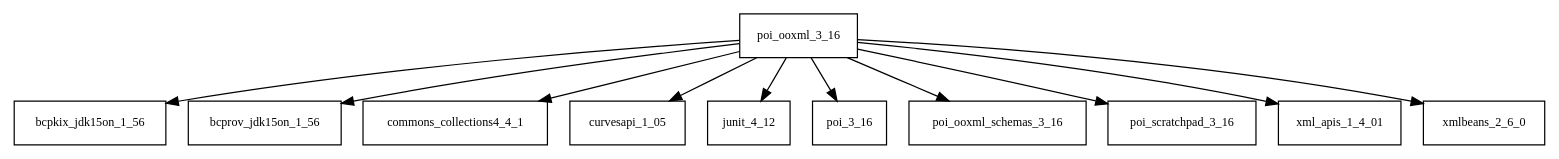
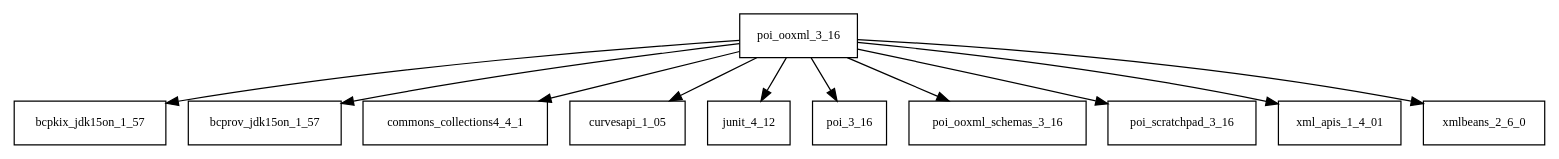
Before and after one commit to AglaianWoman/cia: the diagram in tattleTaleReport/graphviz/poi-ooxml-3.16.jar/poi-ooxml-3.16.jar.dot, drawn with Graphviz. The commit also changed 1059 other files, not shown here.

```diff
--- a/tattleTaleReport/graphviz/poi-ooxml-3.16.jar/poi-ooxml-3.16.jar.dot
+++ b/tattleTaleReport/graphviz/poi-ooxml-3.16.jar/poi-ooxml-3.16.jar.dot
@@ -1,13 +1,13 @@
 digraph poi_ooxml_3_16_dependencies {
   node [shape = box, fontsize=10.0];
-  poi_ooxml_3_16 -> bcpkix_jdk15on_1_56;
-  poi_ooxml_3_16 -> bcprov_jdk15on_1_56;
+  poi_ooxml_3_16 -> bcpkix_jdk15on_1_57;
+  poi_ooxml_3_16 -> bcprov_jdk15on_1_57;
   poi_ooxml_3_16 -> commons_collections4_4_1;
   poi_ooxml_3_16 -> curvesapi_1_05;
   poi_ooxml_3_16 -> junit_4_12;
   poi_ooxml_3_16 -> poi_3_16;
   poi_ooxml_3_16 -> poi_ooxml_schemas_3_16;
   poi_ooxml_3_16 -> poi_scratchpad_3_16;
   poi_ooxml_3_16 -> xml_apis_1_4_01;
   poi_ooxml_3_16 -> xmlbeans_2_6_0;
 }
```
